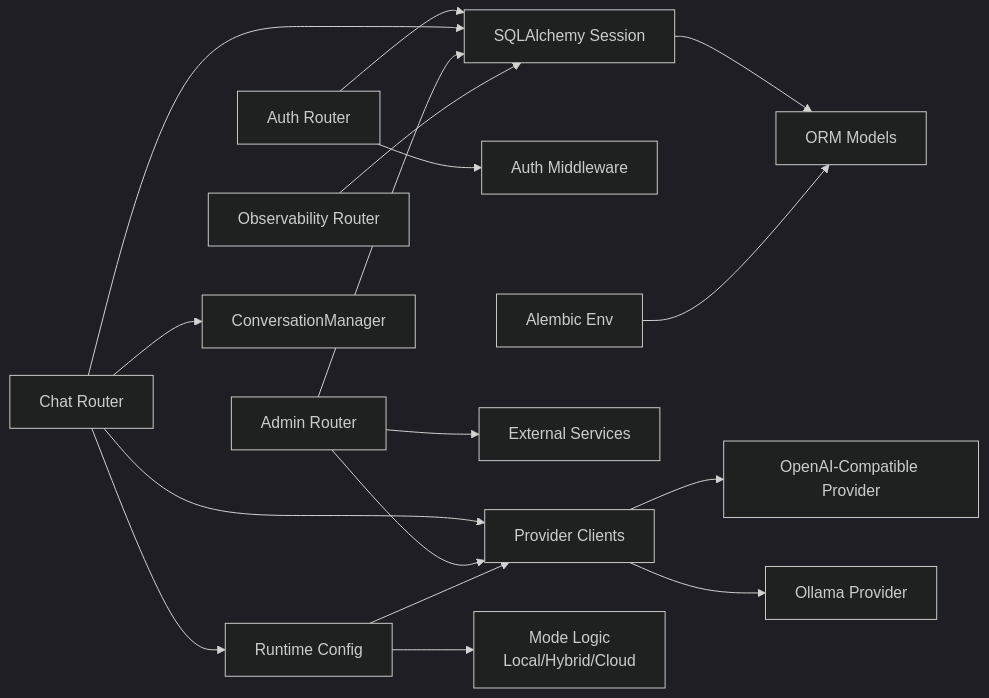
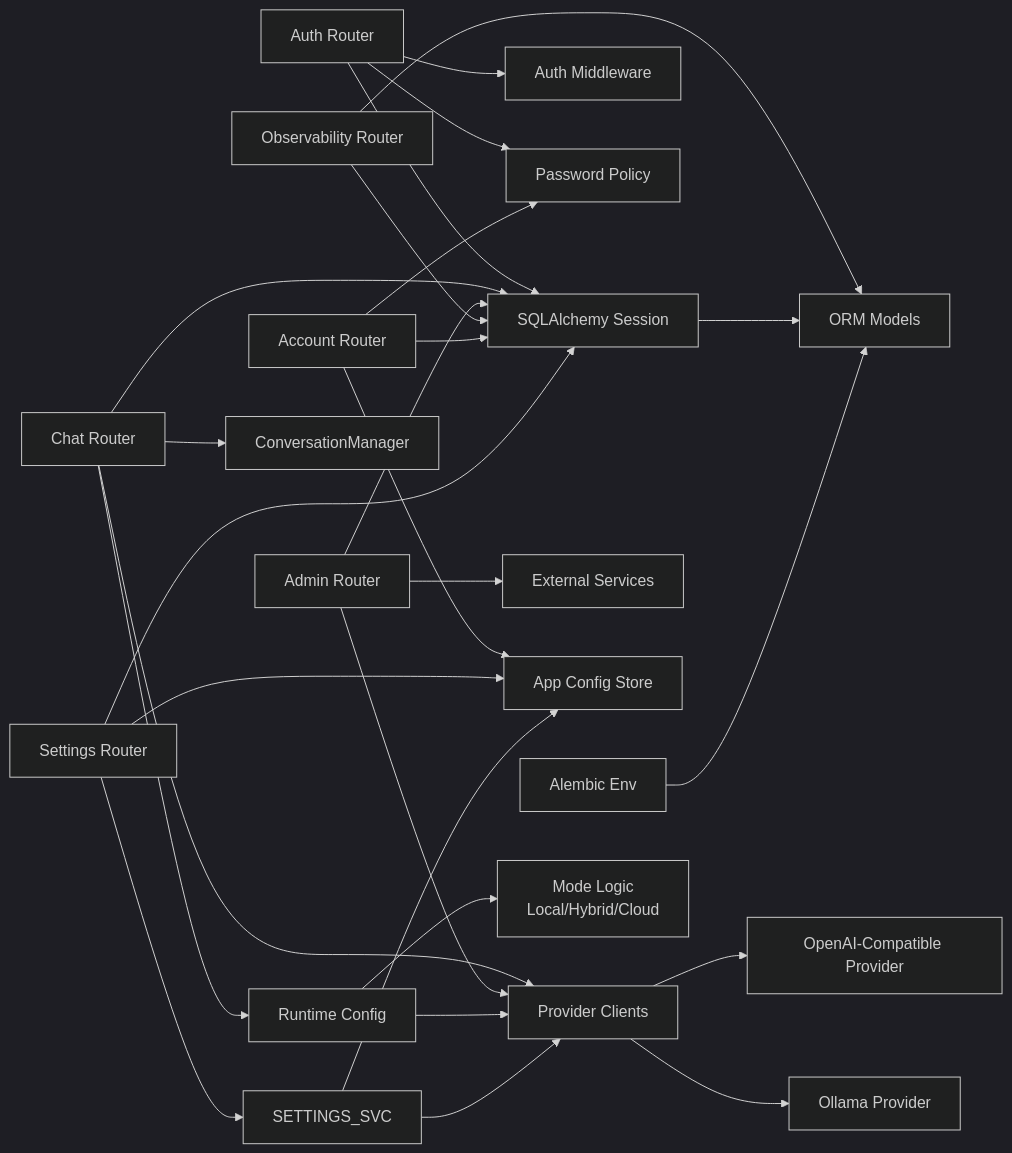
Before and after one commit to genes8/private-ai: diagram 17 of 17 in .qoder/repowiki/en/content/Backend Development/Backend Development.md, drawn with Mermaid (dark theme). The commit also changed other lines of this file and 55 other files, not shown here.

````diff
--- a/.qoder/repowiki/en/content/Backend Development/Backend Development.md
+++ b/.qoder/repowiki/en/content/Backend Development/Backend Development.md
@@ -732,19 +1040,29 @@
 ```mermaid
 graph LR
 AUTH["Auth Router"] --> DB["SQLAlchemy Session"]
 CHAT["Chat Router"] --> DB
 ADMIN["Admin Router"] --> DB
 OBS["Observability Router"] --> DB
+ACC["Account Router"] --> DB
+SETTINGS["Settings Router"] --> DB
 AUTH --> MW["Auth Middleware"]
+AUTH --> PW["Password Policy"]
 CHAT --> CONV["ConversationManager"]
 CHAT --> PROV["Provider Clients"]
 CHAT --> RUNTIME["Runtime Config"]
 ADMIN --> EXT["External Services"]
 ADMIN --> PROV
-DB --> MODELS["ORM Models"]
+OBS --> MODELS["ORM Models"]
+ACC --> CONFIG["App Config Store"]
+ACC --> PW
+SETTINGS --> CONFIG
+SETTINGS --> SETTINGS_SVC
+DB --> MODELS
 AENV["Alembic Env"] --> MODELS
 PROV --> OPENAI["OpenAI-Compatible Provider"]
 PROV --> OLLAMA["Ollama Provider"]
 RUNTIME --> PROV
 RUNTIME --> MODE["Mode Logic<br/>Local/Hybrid/Cloud"]
+SETTINGS_SVC --> PROV
+SETTINGS_SVC --> CONFIG
 ```
````
